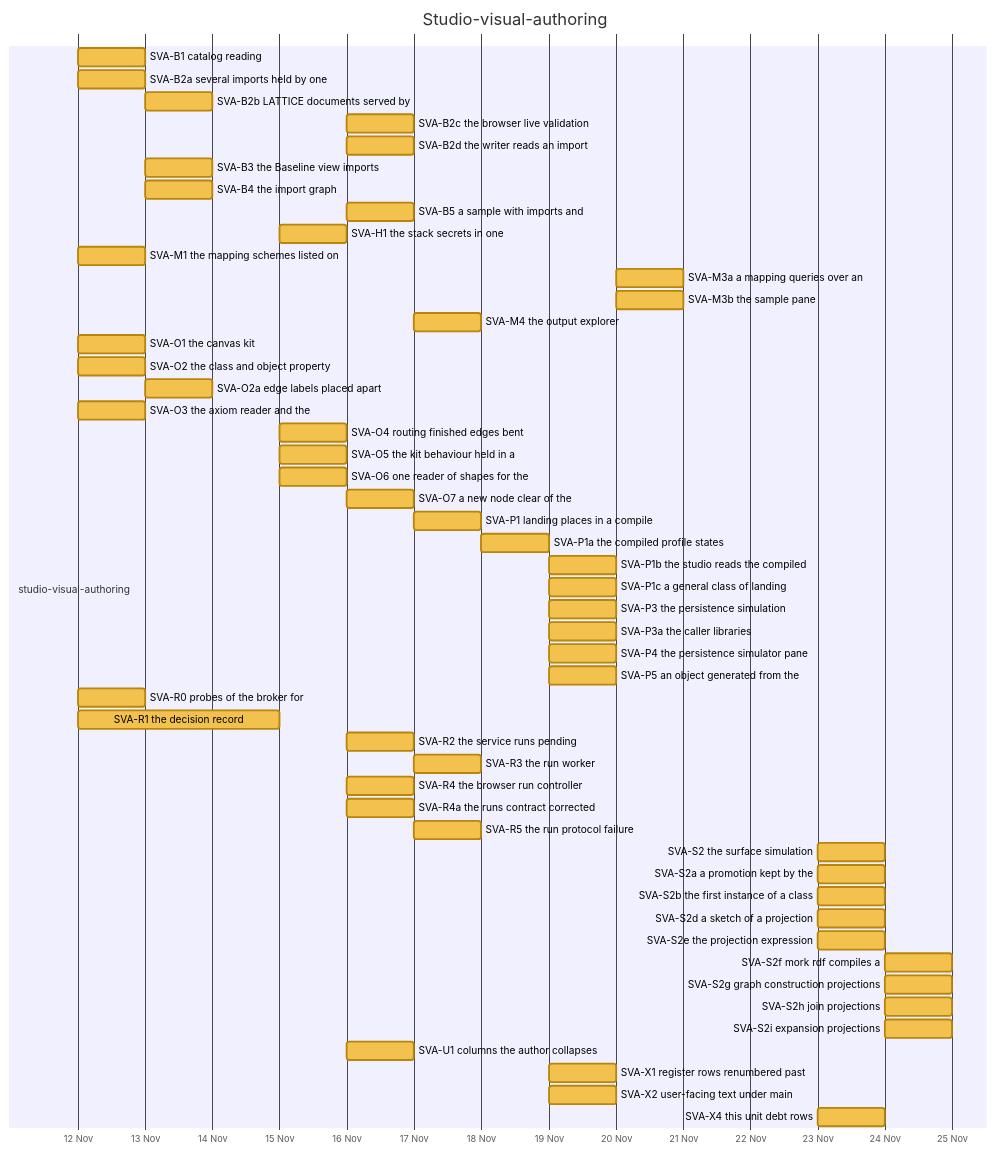
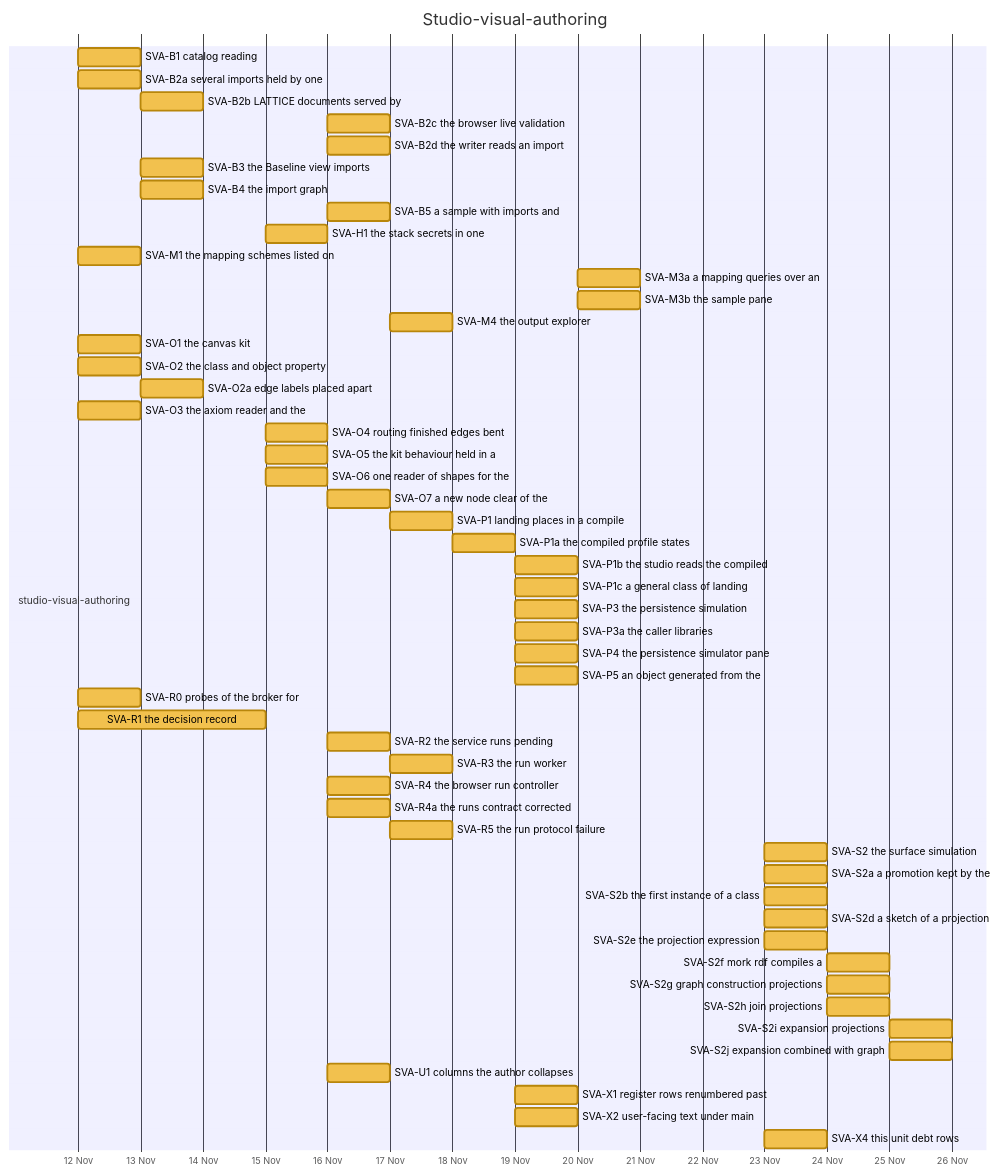
Diagram 16 of 32 in docs/developer/ROADMAP.md (nebularis/lattice), drawn with Mermaid before and after one commit. The commit also changed other lines of this file, not shown here.

First line of the commit message:
[studio-visual-authoring] Refresh the roadmap's generated sections after SVA-S2j

````diff
--- a/docs/developer/ROADMAP.md
+++ b/docs/developer/ROADMAP.md
@@ -482,57 +482,58 @@
 ```mermaid
 %%{init: {"themeVariables": {"taskBkgColor": "#f2c14e", "taskBorderColor": "#b8860b", "taskTextColor": "#000000", "activeTaskBkgColor": "#4e9af1", "activeTaskBorderColor": "#1f5fbf", "activeTaskBorderColor": "#1f5fbf", "doneTaskBkgColor": "#8fcf8f", "doneTaskBorderColor": "#2f7d32", "critBkgColor": "#f28b82", "critBorderColor": "#b23a30", "taskTextDarkColor": "#000000", "taskTextLightColor": "#000000"}}}%%
 gantt
     title Studio-visual-authoring
     dateFormat YYYY-MM-DD
     axisFormat %d %b
     section studio-visual-authoring
     SVA-B1 catalog reading :svab1, 2026-11-12, 2026-11-13
     SVA-B2a several imports held by one :svab2a, 2026-11-12, 2026-11-13
     SVA-B2b LATTICE documents served by :svab2b, 2026-11-13, 2026-11-14
     SVA-B2c the browser live validation :svab2c, 2026-11-16, 2026-11-17
     SVA-B2d the writer reads an import :svab2d, 2026-11-16, 2026-11-17
     SVA-B3 the Baseline view imports :svab3, 2026-11-13, 2026-11-14
     SVA-B4 the import graph :svab4, 2026-11-13, 2026-11-14
     SVA-B5 a sample with imports and :svab5, 2026-11-16, 2026-11-17
     SVA-H1 the stack secrets in one :svah1, 2026-11-15, 2026-11-16
     SVA-M1 the mapping schemes listed on :svam1, 2026-11-12, 2026-11-13
     SVA-M3a a mapping queries over an :svam3a, 2026-11-20, 2026-11-21
     SVA-M3b the sample pane :svam3b, 2026-11-20, 2026-11-21
     SVA-M4 the output explorer :svam4, 2026-11-17, 2026-11-18
     SVA-O1 the canvas kit :svao1, 2026-11-12, 2026-11-13
     SVA-O2 the class and object property :svao2, 2026-11-12, 2026-11-13
     SVA-O2a edge labels placed apart :svao2a, 2026-11-13, 2026-11-14
     SVA-O3 the axiom reader and the :svao3, 2026-11-12, 2026-11-13
     SVA-O4 routing finished edges bent :svao4, 2026-11-15, 2026-11-16
     SVA-O5 the kit behaviour held in a :svao5, 2026-11-15, 2026-11-16
     SVA-O6 one reader of shapes for the :svao6, 2026-11-15, 2026-11-16
     SVA-O7 a new node clear of the :svao7, 2026-11-16, 2026-11-17
     SVA-P1 landing places in a compile :svap1, 2026-11-17, 2026-11-18
     SVA-P1a the compiled profile states :svap1a, 2026-11-18, 2026-11-19
     SVA-P1b the studio reads the compiled :svap1b, 2026-11-19, 2026-11-20
     SVA-P1c a general class of landing :svap1c, 2026-11-19, 2026-11-20
     SVA-P3 the persistence simulation :svap3, 2026-11-19, 2026-11-20
     SVA-P3a the caller libraries :svap3a, 2026-11-19, 2026-11-20
     SVA-P4 the persistence simulator pane :svap4, 2026-11-19, 2026-11-20
     SVA-P5 an object generated from the :svap5, 2026-11-19, 2026-11-20
     SVA-R0 probes of the broker for :svar0, 2026-11-12, 2026-11-13
     SVA-R1 the decision record :svar1, 2026-11-12, 2026-11-15
     SVA-R2 the service runs pending :svar2, 2026-11-16, 2026-11-17
     SVA-R3 the run worker :svar3, 2026-11-17, 2026-11-18
     SVA-R4 the browser run controller :svar4, 2026-11-16, 2026-11-17
     SVA-R4a the runs contract corrected :svar4a, 2026-11-16, 2026-11-17
     SVA-R5 the run protocol failure :svar5, 2026-11-17, 2026-11-18
     SVA-S2 the surface simulation :svas2, 2026-11-23, 2026-11-24
     SVA-S2a a promotion kept by the :svas2a, 2026-11-23, 2026-11-24
     SVA-S2b the first instance of a class :svas2b, 2026-11-23, 2026-11-24
     SVA-S2d a sketch of a projection :svas2d, 2026-11-23, 2026-11-24
     SVA-S2e the projection expression :svas2e, 2026-11-23, 2026-11-24
     SVA-S2f mork rdf compiles a :svas2f, 2026-11-24, 2026-11-25
     SVA-S2g graph construction projections :svas2g, 2026-11-24, 2026-11-25
     SVA-S2h join projections :svas2h, 2026-11-24, 2026-11-25
-    SVA-S2i expansion projections :svas2i, 2026-11-24, 2026-11-25
+    SVA-S2i expansion projections :svas2i, 2026-11-25, 2026-11-26
+    SVA-S2j expansion combined with graph :svas2j, 2026-11-25, 2026-11-26
     SVA-U1 columns the author collapses :svau1, 2026-11-16, 2026-11-17
     SVA-X1 register rows renumbered past :svax1, 2026-11-19, 2026-11-20
     SVA-X2 user-facing text under main :svax2, 2026-11-19, 2026-11-20
     SVA-X4 this unit debt rows :svax4, 2026-11-23, 2026-11-24
 ```
````
